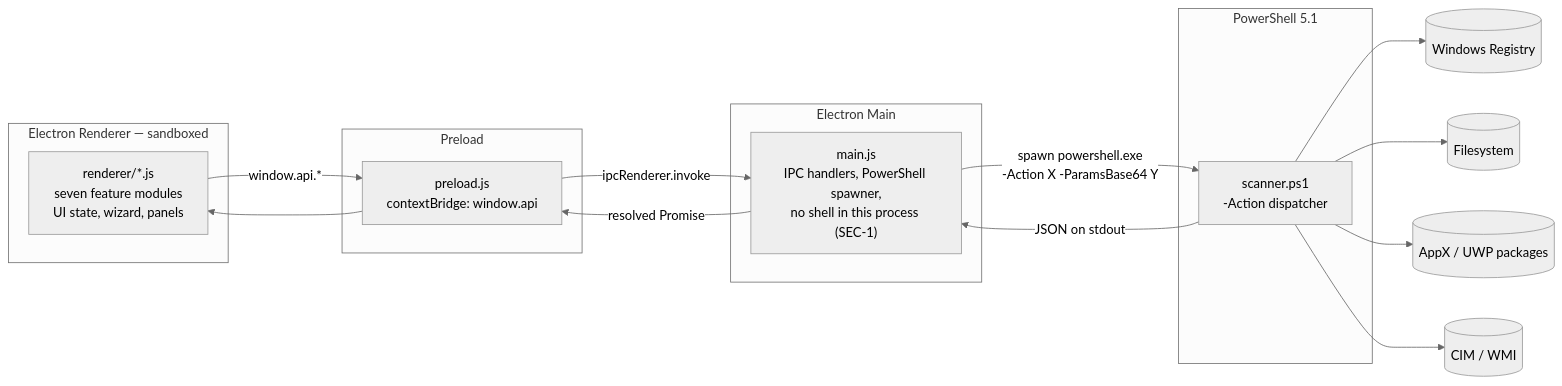
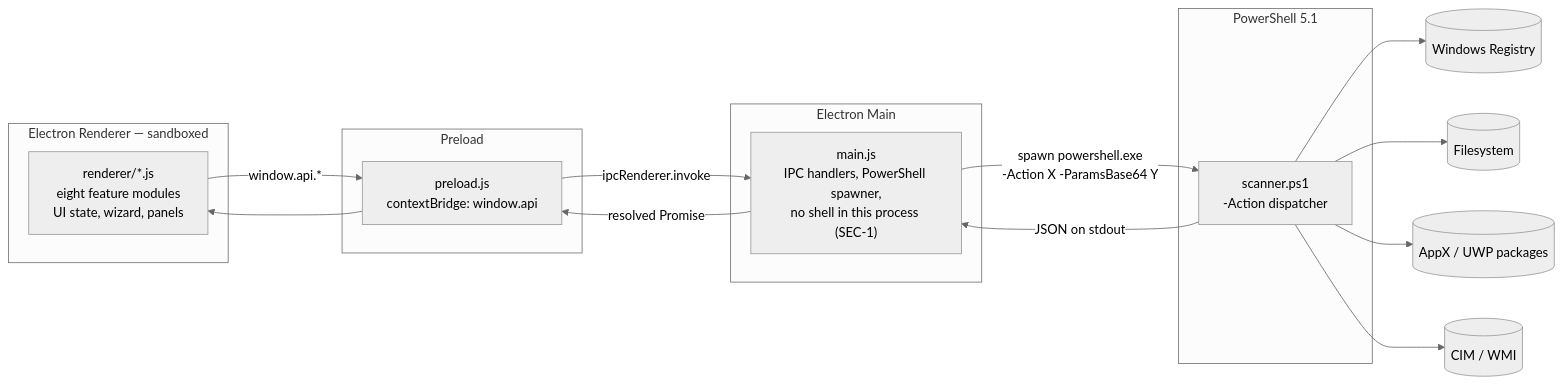
Before and after one commit to QuantumMonkey/Vanish: the first of 2 diagrams in ARCHITECTURE.md, drawn with Mermaid (neutral theme). The commit also changed other lines of this file and 15 other files, not shown here.

````diff
--- a/ARCHITECTURE.md
+++ b/ARCHITECTURE.md
@@ -11,31 +11,31 @@
 ```mermaid
 graph LR
     subgraph Renderer["Electron Renderer — sandboxed"]
-        UI["renderer/*.js<br/>seven feature modules<br/>UI state, wizard, panels"]
+        UI["renderer/*.js<br/>eight feature modules<br/>UI state, wizard, panels"]
     end
     subgraph Bridge["Preload"]
         API["preload.js<br/>contextBridge: window.api"]
     end
     subgraph Main["Electron Main"]
         MAIN["main.js<br/>IPC handlers, PowerShell spawner,<br/>no shell in this process (SEC-1)"]
     end
     subgraph Engine["PowerShell 5.1"]
         PS["scanner.ps1<br/>-Action dispatcher"]
     end
 
     REG[("Windows Registry")]
     FS[("Filesystem")]
     APPX[("AppX / UWP packages")]
     CIM[("CIM / WMI")]
 
     UI -->|"window.api.*"| API
     API -->|"ipcRenderer.invoke"| MAIN
     MAIN -->|"spawn powershell.exe<br/>-Action X -ParamsBase64 Y"| PS
     PS --> REG
     PS --> FS
     PS --> APPX
     PS --> CIM
     PS -->|"JSON on stdout"| MAIN
     MAIN -->|"resolved Promise"| API
     API --> UI
 ```
````
